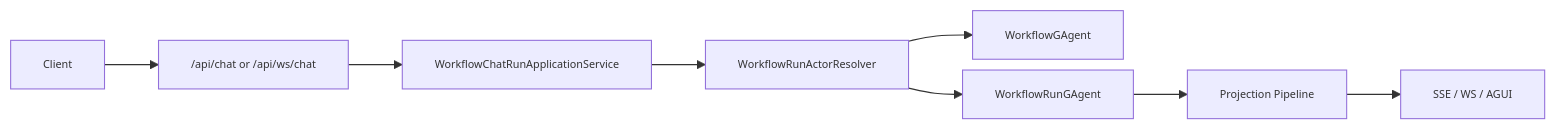
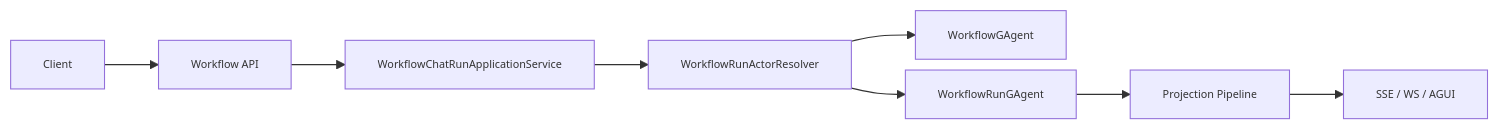
Before and after one commit to aevatarAI/aevatar: the diagram in docs/WORKFLOW.md, drawn with Mermaid. The commit also changed other lines of this file and 92 other files, not shown here.

First line of the commit message:
Refactor workflow architecture and remove deprecated components

````diff
--- a/docs/WORKFLOW.md
+++ b/docs/WORKFLOW.md
@@ -21,11 +17,11 @@
 ```mermaid
 %%{init: {"maxTextSize": 100000, "flowchart": {"useMaxWidth": false, "nodeSpacing": 10, "rankSpacing": 50}, "themeVariables": {"fontSize": "10px"}}}%%
 flowchart LR
-  Client["Client"] --> Api["/api/chat or /api/ws/chat"]
+  Client["Client"] --> Api["Workflow API"]
   Api --> App["WorkflowChatRunApplicationService"]
   App --> Resolver["WorkflowRunActorResolver"]
   Resolver --> Def["WorkflowGAgent"]
   Resolver --> Run["WorkflowRunGAgent"]
   Run --> Proj["Projection Pipeline"]
   Proj --> Stream["SSE / WS / AGUI"]
 ```
````
